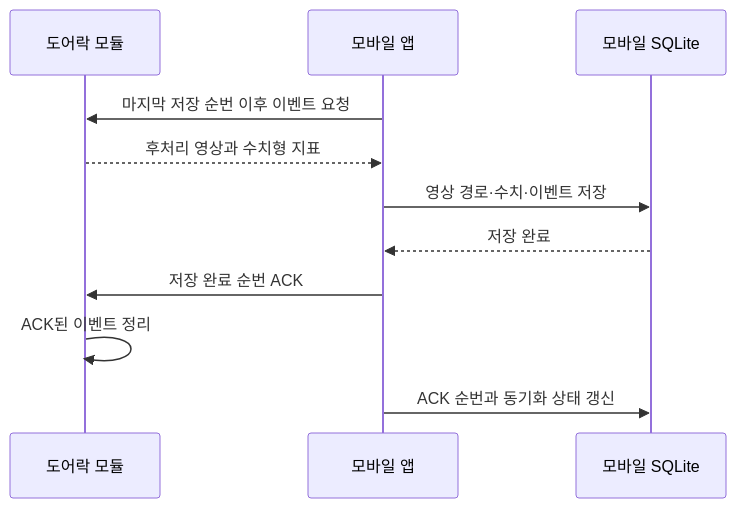
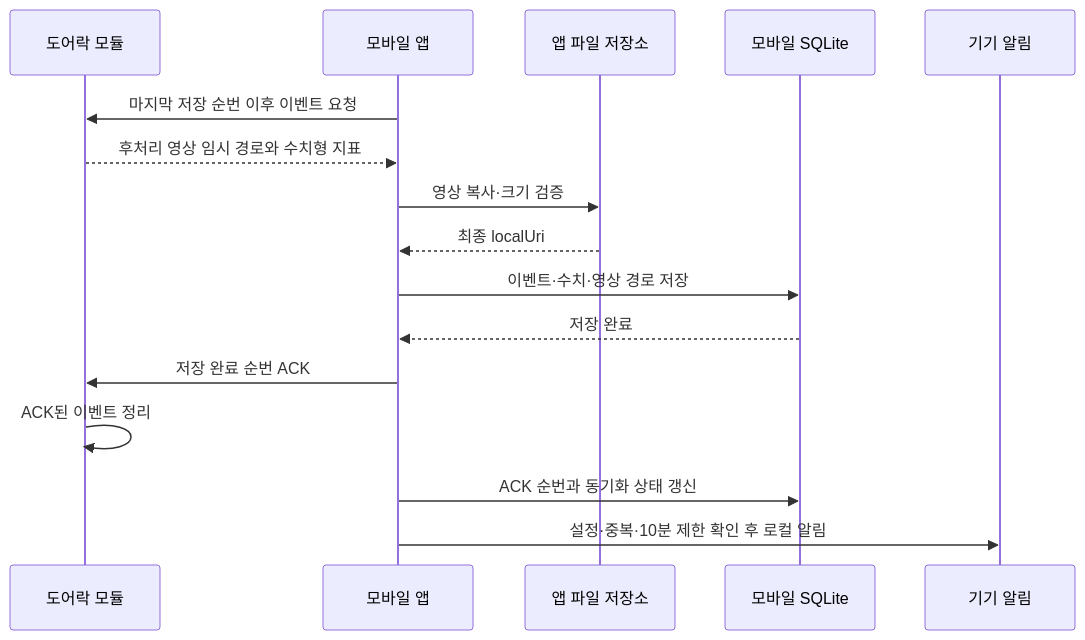
The diagram in docs/module-sync.md (Uree1229/Risk-ZERO), drawn with Mermaid before and after one commit. The commit also changed other lines of this file and 35 other files, not shown here.

````diff
--- a/docs/module-sync.md
+++ b/docs/module-sync.md
@@ -25,14 +29,19 @@
 ```mermaid
 sequenceDiagram
     participant M as 도어락 모듈
     participant A as 모바일 앱
+    participant F as 앱 파일 저장소
     participant D as 모바일 SQLite
+    participant N as 기기 알림
 
     A->>M: 마지막 저장 순번 이후 이벤트 요청
-    M-->>A: 후처리 영상과 수치형 지표
-    A->>D: 영상 경로·수치·이벤트 저장
+    M-->>A: 후처리 영상 임시 경로와 수치형 지표
+    A->>F: 영상 복사·크기 검증
+    F-->>A: 최종 localUri
+    A->>D: 이벤트·수치·영상 경로 저장
     D-->>A: 저장 완료
     A->>M: 저장 완료 순번 ACK
     M->>M: ACK된 이벤트 정리
     A->>D: ACK 순번과 동기화 상태 갱신
+    A->>N: 설정·중복·10분 제한 확인 후 로컬 알림
 ```
````
